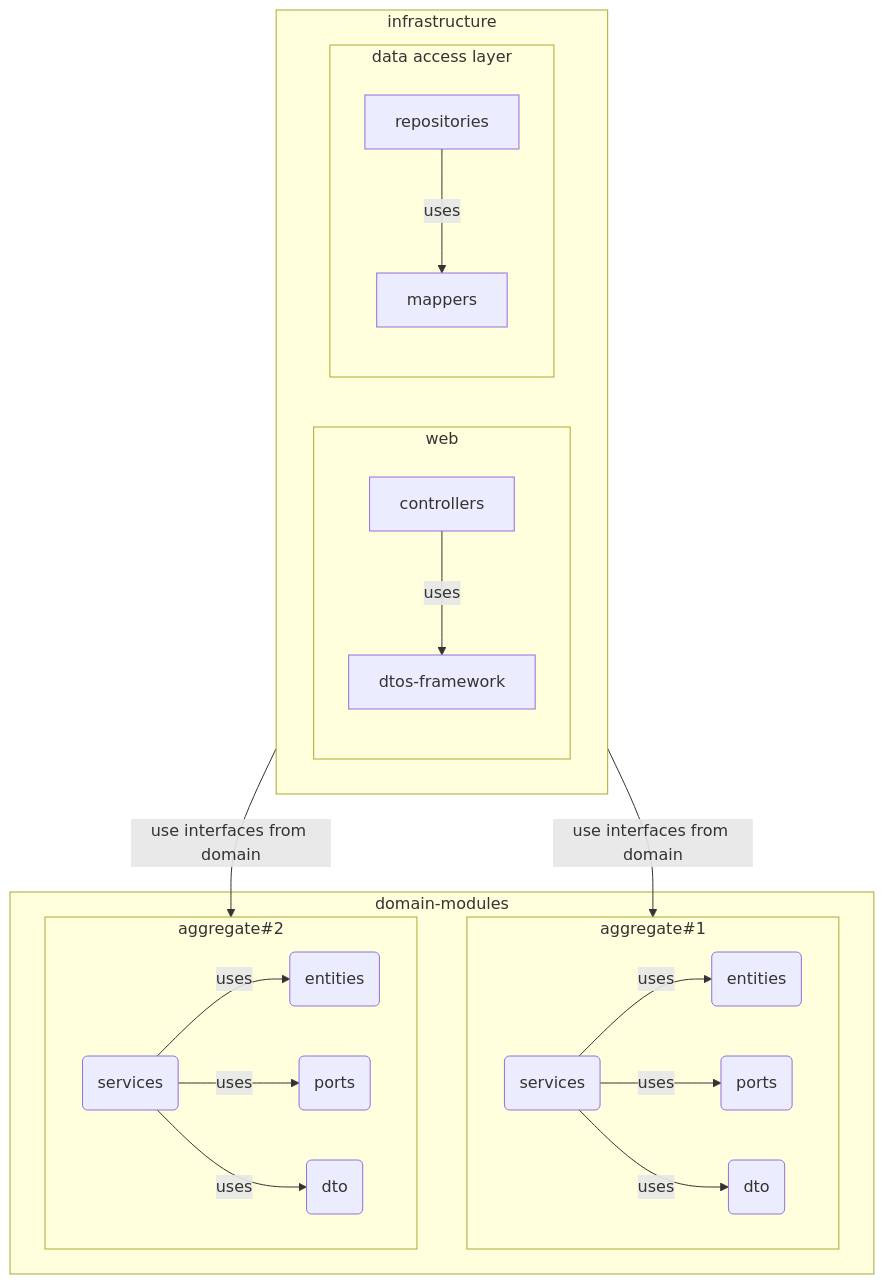
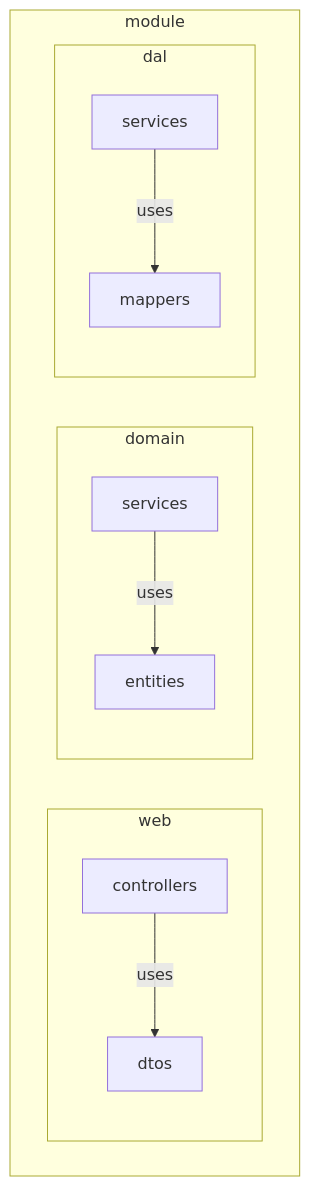
The diagram in README.md (zhuravlevma/typescript-ddd-architecture), drawn with Mermaid before and after one commit. The commit also changed other lines of this file and 82 other files, not shown here.

````diff
--- a/README.md
+++ b/README.md
@@ -39,30 +5,19 @@
 ```mermaid
   flowchart TD
 
-    subgraph infrastructure
-    subgraph web
-    controllers -- uses -->dtos-framework
-    end
-    subgraph data access layer
-    repositories -- uses --> mappers
-    end
-    end
-    subgraph domain-modules
-    subgraph aggregate#1
 
-    services1(services) -- uses --> entities1(entities)
-    services1(services) -- uses --> ports1(ports)
-    services1(services) -- uses --> plain-dto1(dto)
-    end
 
-    subgraph aggregate#2
+	subgraph module1[module]
+		subgraph web1[web]
+			controllers1[controllers] -- uses --> dtos1[dtos]
+		end
 
-    services2(services) -- uses --> entities2(entities)
-    services2(services) -- uses --> ports2(ports)
-    services2(services) -- uses --> plain-dto2(dto)
-    end
-    end
+		subgraph domain1[domain]
+			services1[services] -- uses --> entities1[entities]
+		end
 
-    infrastructure -- use interfaces from domain --> aggregate#2
-    infrastructure -- use interfaces from domain --> aggregate#1
+		subgraph dal1[dal]
+			repositories1[services] -- uses --> mappers1[mappers]
+		end
+	end
 ```
````
